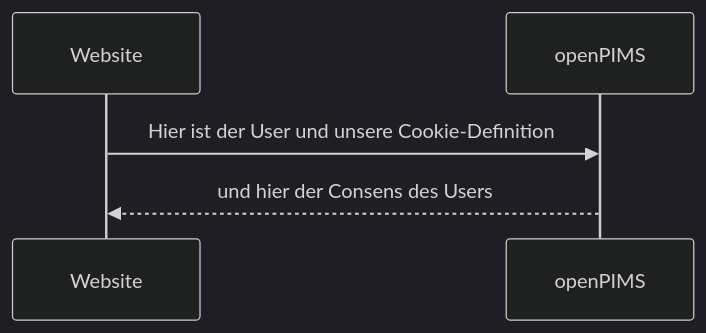
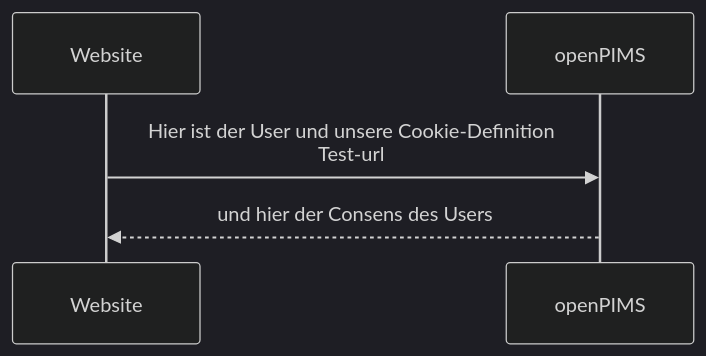
Before and after one commit to openpims/openpims: the second of 2 diagrams in README.md, drawn with Mermaid (dark theme).

````diff
--- a/README.md
+++ b/README.md
@@ -59,5 +59,5 @@
 ```mermaid
   sequenceDiagram
-    Website->>openPIMS: Hier ist der User und unsere Cookie-Definition
+    Website->>openPIMS: Hier ist der User und unsere Cookie-Definition<br>Test-url
     openPIMS-->>Website: und hier der Consens des Users
 ```
````
